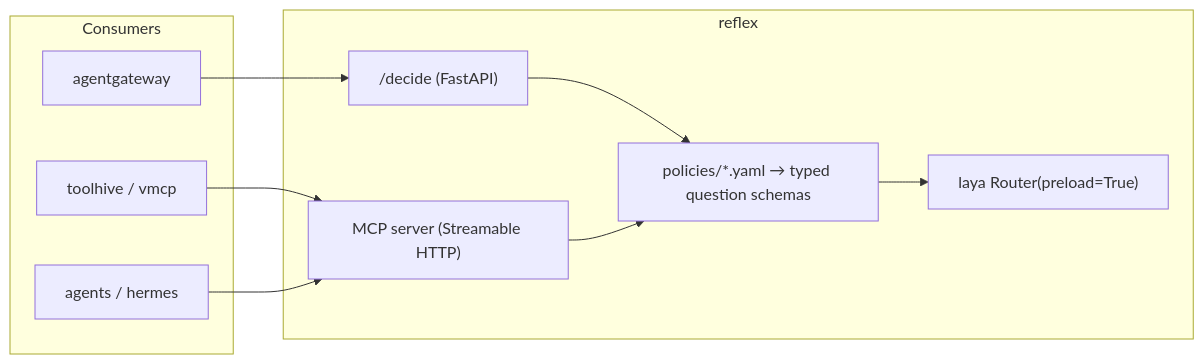
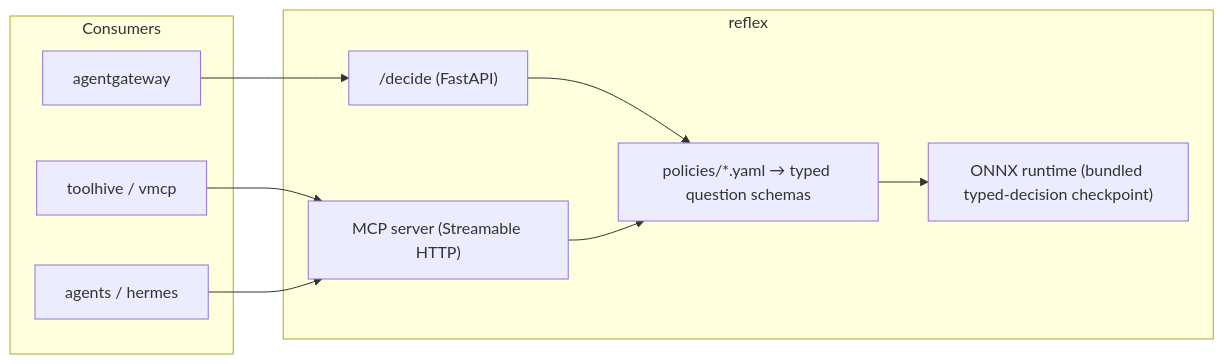
One commit to soulwhisper/reflex changed the diagram in README.md. Above: the diagram before and after it, drawn with Mermaid. The commit also changed other lines of this file and 9 other files, not shown here.

First line of the commit message:
feat(runtime)!: ONNX release format (tozp/laya-onnx), torch stack dropped

````diff
--- a/README.md
+++ b/README.md
@@ -14,19 +14,19 @@
 ```mermaid
 flowchart LR
     subgraph Consumers
         GW[agentgateway]
         TH[toolhive / vmcp]
         AG[agents / hermes]
     end
     subgraph reflex
         API["/decide (FastAPI)"]
         MCP["MCP server (Streamable HTTP)"]
         POL["policies/*.yaml → typed question schemas"]
-        RTR["laya Router(preload=True)"]
+        RTR["ONNX runtime (bundled typed-decision checkpoint)"]
     end
     GW --> API
     TH --> MCP
     AG --> MCP
     API --> POL --> RTR
     MCP --> POL
 ```
````
